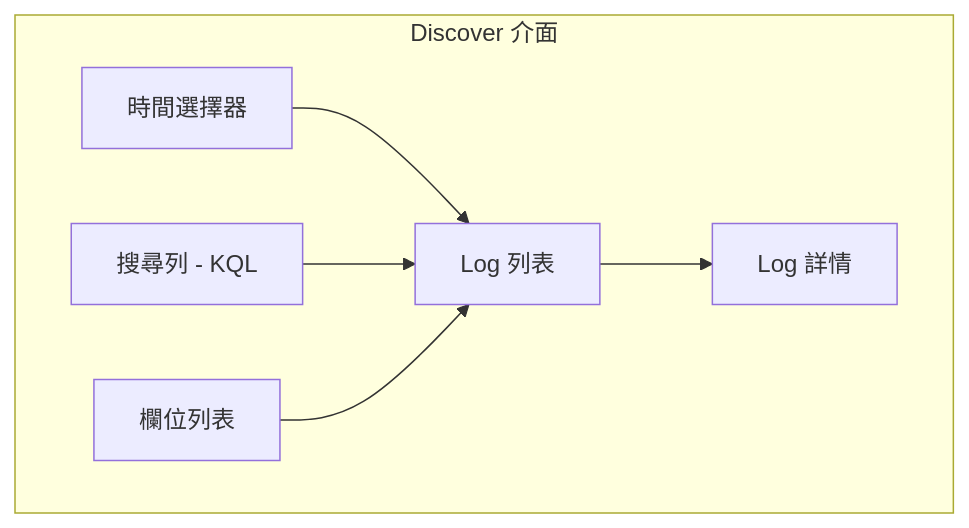
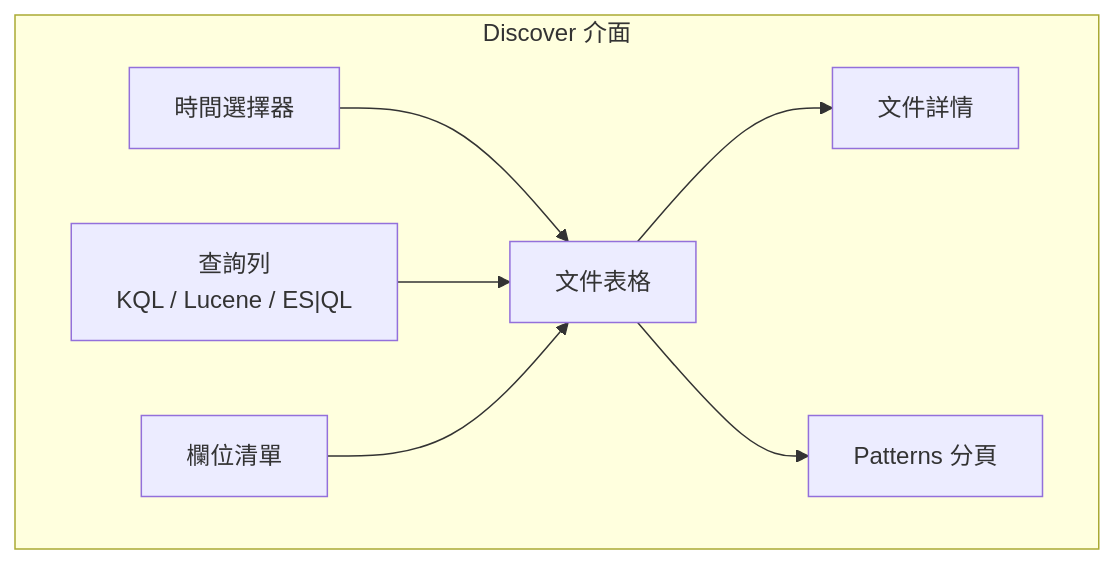
One commit to chihhung/Blog changed diagram 16 of 28 in content/posts/教學/工具/ELK-Stack教學手冊.md. Above: the diagram before and after it, drawn with Mermaid. The commit also changed other lines of this file and 8 other files, not shown here.

````diff
--- a/content/posts/教學/工具/ELK-Stack教學手冊.md
+++ b/content/posts/教學/工具/ELK-Stack教學手冊.md
@@ -1707,15 +3077,17 @@
 ```mermaid
 graph TB
     subgraph "Discover 介面"
         A[時間選擇器]
-        B[搜尋列 - KQL]
-        C[欄位列表]
-        D[Log 列表]
-        E[Log 詳情]
+        B["查詢列<br/>KQL / Lucene / ES|QL"]
+        C[欄位清單]
+        D[文件表格]
+        E[文件詳情]
+        P[Patterns 分頁]
     end
-    
+
     A --> D
     B --> D
     C --> D
     D --> E
+    D --> P
 ```
````
